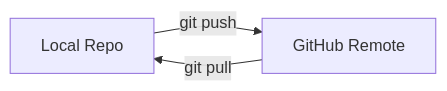
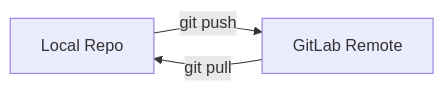
Before and after one commit to RayWP/training-uajy: the seventh of 11 diagrams in Part 1/book.md, drawn with Mermaid. The commit also changed other lines of this file and 5 other files, not shown here.

````diff
--- a/Part 1/book.md
+++ b/Part 1/book.md
@@ -683,5 +698,5 @@
 ```mermaid
 flowchart LR
-  L[Local Repo] -->|git push| R[GitHub Remote]
+  L[Local Repo] -->|git push| R[GitLab Remote]
   R -->|git pull| L
 ```
````
